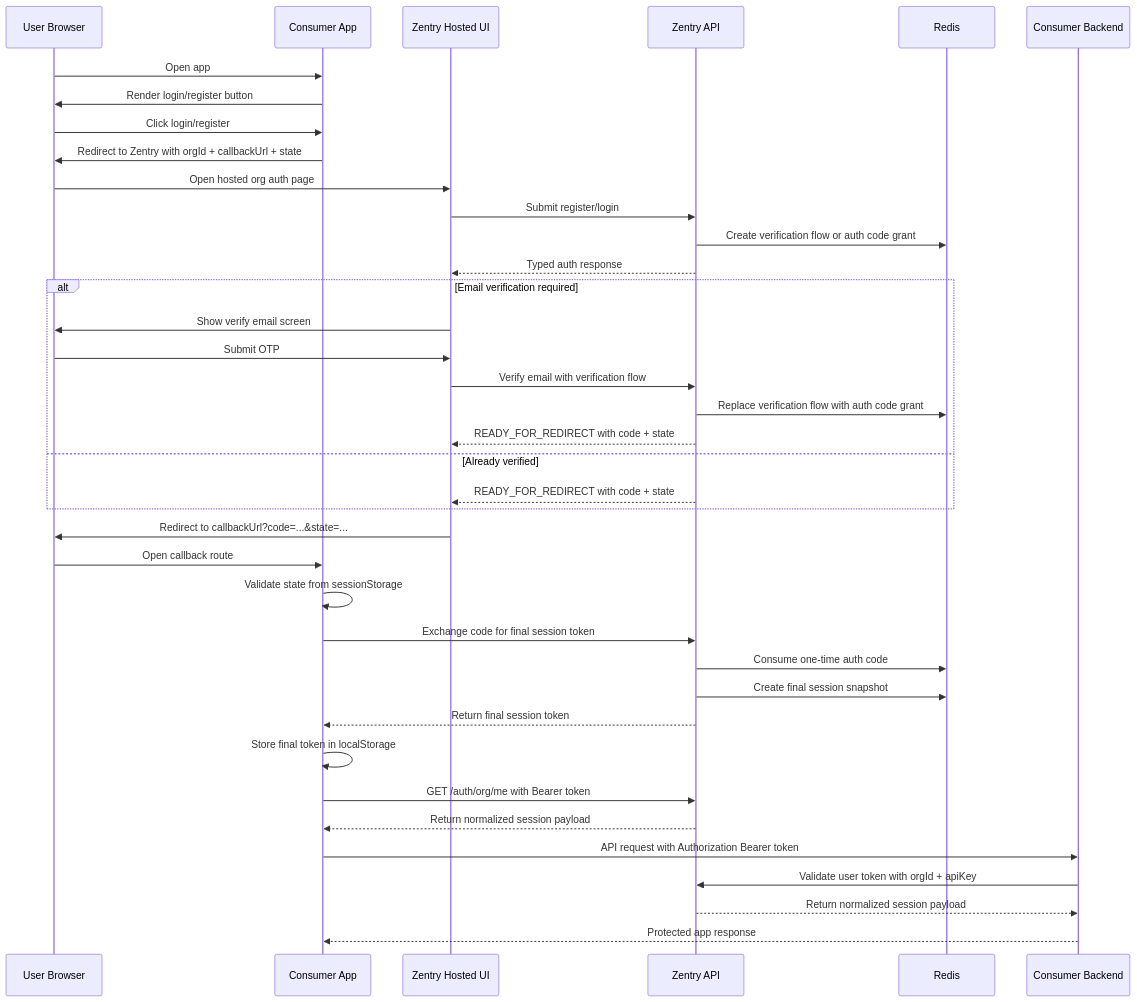
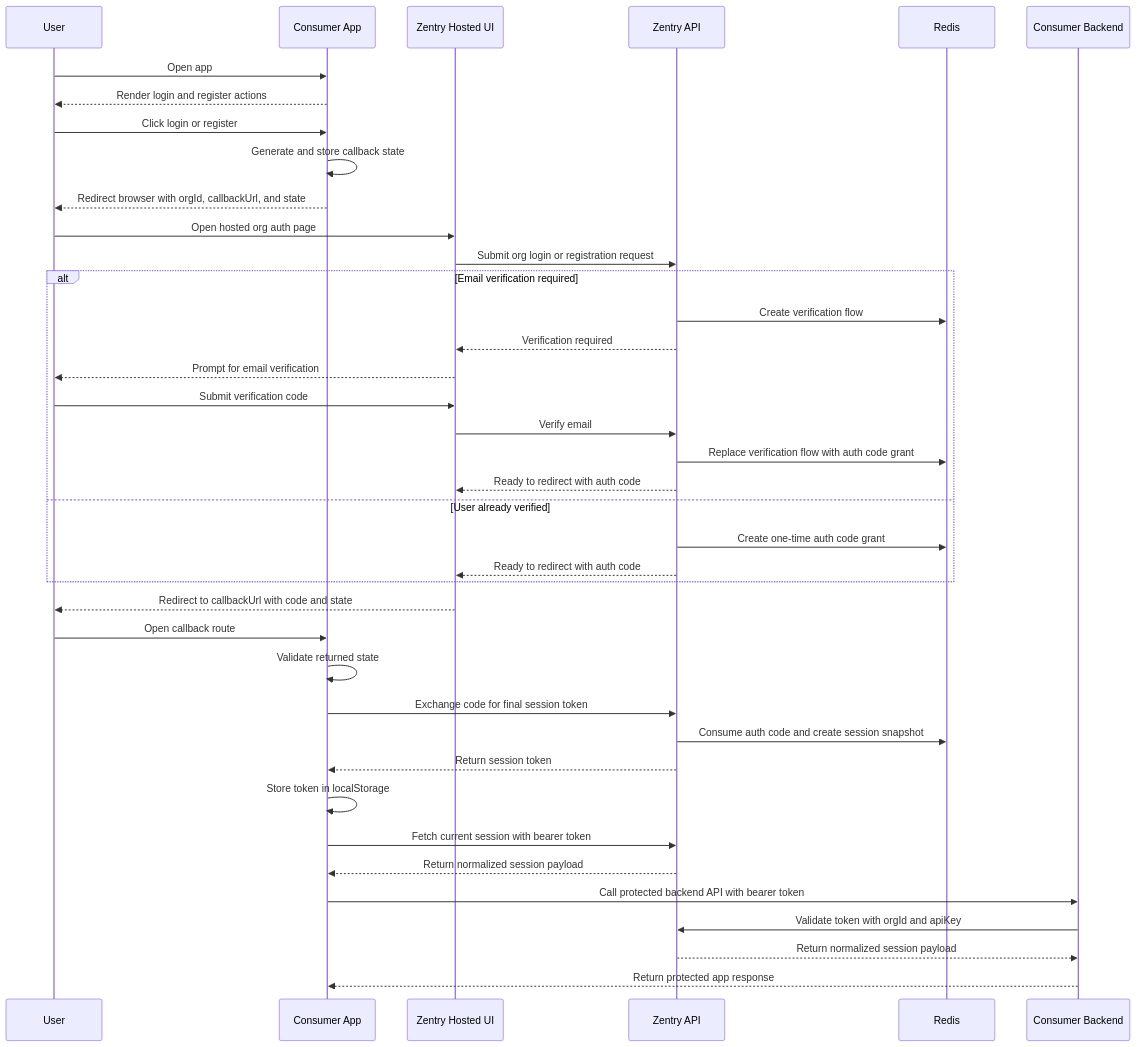
Before and after one commit to kavinda-100/zentry: the diagram in apps/web/public/docs/zentry-guide.md, drawn with Mermaid. The commit also changed other lines of this file and 4 other files, not shown here.

First line of the commit message:
Update `@zentry-org/sdk` to v1.0.4, improve callback UX, and clean up dependencies

````diff
--- a/apps/web/public/docs/zentry-guide.md
+++ b/apps/web/public/docs/zentry-guide.md
@@ -55,44 +55,45 @@
 ```mermaid
 sequenceDiagram
-    participant U as User Browser
-    participant A as Consumer App
-    participant Z as Zentry Hosted UI
+    participant U as User
+    participant App as Consumer App
+    participant UI as Zentry Hosted UI
     participant API as Zentry API
-    participant R as Redis
-    participant B as Consumer Backend
+    participant Store as Redis
+    participant Backend as Consumer Backend
 
-    U->>A: Open app
-    A->>U: Render login/register button
-    U->>A: Click login/register
-    A->>U: Redirect to Zentry with orgId + callbackUrl + state
-    U->>Z: Open hosted org auth page
-    Z->>API: Submit register/login
-    API->>R: Create verification flow or auth code grant
-    API-->>Z: Typed auth response
+    U->>App: Open app
+    App-->>U: Render login and register actions
+    U->>App: Click login or register
+    App->>App: Generate and store callback state
+    App-->>U: Redirect browser with orgId, callbackUrl, and state
+    U->>UI: Open hosted org auth page
+    UI->>API: Submit org login or registration request
 
     alt Email verification required
-        Z->>U: Show verify email screen
-        U->>Z: Submit OTP
-        Z->>API: Verify email with verification flow
-        API->>R: Replace verification flow with auth code grant
-        API-->>Z: READY_FOR_REDIRECT with code + state
-    else Already verified
-        API-->>Z: READY_FOR_REDIRECT with code + state
+        API->>Store: Create verification flow
+        API-->>UI: Verification required
+        UI-->>U: Prompt for email verification
+        U->>UI: Submit verification code
+        UI->>API: Verify email
+        API->>Store: Replace verification flow with auth code grant
+        API-->>UI: Ready to redirect with auth code
+    else User already verified
+        API->>Store: Create one-time auth code grant
+        API-->>UI: Ready to redirect with auth code
     end
 
-    Z->>U: Redirect to callbackUrl?code=...&state=...
-    U->>A: Open callback route
-    A->>A: Validate state from sessionStorage
-    A->>API: Exchange code for final session token
-    API->>R: Consume one-time auth code
-    API->>R: Create final session snapshot
-    API-->>A: Return final session token
-    A->>A: Store final token in localStorage
-    A->>API: GET /auth/org/me with Bearer token
-    API-->>A: Return normalized session payload
+    UI-->>U: Redirect to callbackUrl with code and state
+    U->>App: Open callback route
+    App->>App: Validate returned state
+    App->>API: Exchange code for final session token
+    API->>Store: Consume auth code and create session snapshot
+    API-->>App: Return session token
+    App->>App: Store token in localStorage
+    App->>API: Fetch current session with bearer token
+    API-->>App: Return normalized session payload
 
-    A->>B: API request with Authorization Bearer token
-    B->>API: Validate user token with orgId + apiKey
-    API-->>B: Return normalized session payload
-    B-->>A: Protected app response
+    App->>Backend: Call protected backend API with bearer token
+    Backend->>API: Validate token with orgId and apiKey
+    API-->>Backend: Return normalized session payload
+    Backend-->>App: Return protected app response
 ```
````
